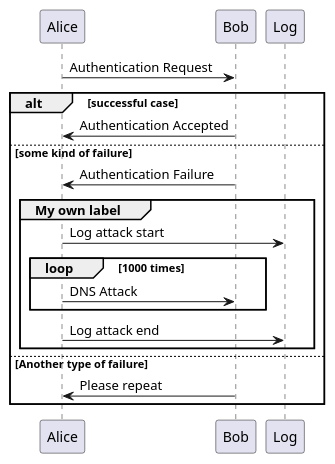
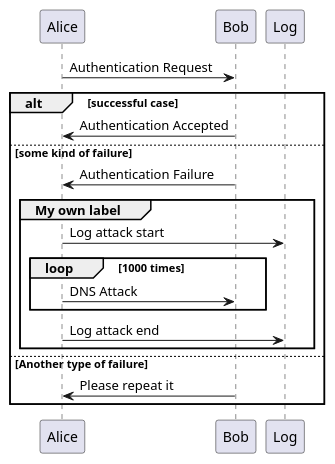
The diagram in docs/plantuml-test.md (mikaelhg/vpn-ipv6), drawn with PlantUML before and after one commit. The commit also changed 1 other file, not shown here.

Commit message:
try image

````diff
--- a/docs/plantuml-test.md
+++ b/docs/plantuml-test.md
@@ -3,26 +3,26 @@
 ```plantuml format="png"
 
 Alice -> Bob: Authentication Request
 
 alt successful case
 
     Bob -> Alice: Authentication Accepted
 
 else some kind of failure
 
     Bob -> Alice: Authentication Failure
     group My own label
     Alice -> Log : Log attack start
         loop 1000 times
             Alice -> Bob: DNS Attack
         end
     Alice -> Log : Log attack end
     end
 
 else Another type of failure
 
-   Bob -> Alice: Please repeat
+   Bob -> Alice: Please repeat it
 
 end
 
 ```
````
